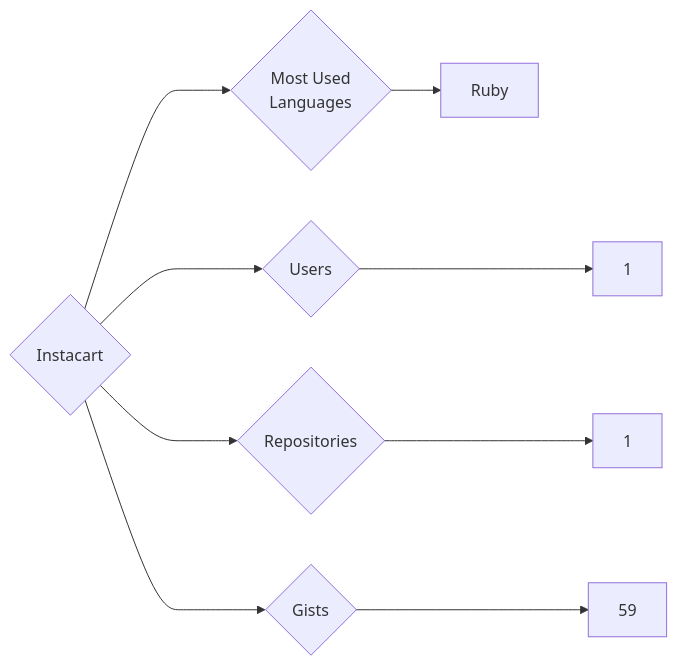
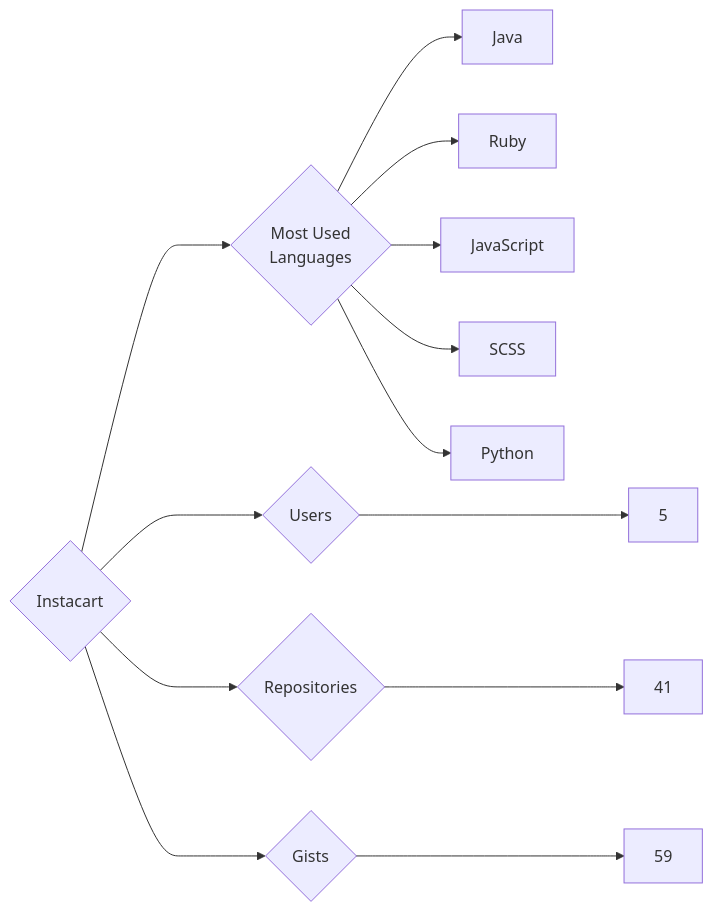
Before and after one commit to trickest/insiders: the diagram in targets/Instacart/README.md, drawn with Mermaid. The commit also changed 1036 other files, not shown here.

````diff
--- a/targets/Instacart/README.md
+++ b/targets/Instacart/README.md
@@ -3,9 +3,13 @@
 ```mermaid
 graph LR
 COMPANY_NAME{Instacart}
-COMPANY_NAME ---> U{Users} ---> UN[1]
-COMPANY_NAME ---> R{Repositories} ---> RN[1]
+COMPANY_NAME ---> U{Users} ---> UN[5]
+COMPANY_NAME ---> R{Repositories} ---> RN[41]
 COMPANY_NAME ---> G{Gists} ---> GN[59]
 COMPANY_NAME ---> ML{Most Used<br>Languages}
+ML --> Java[Java]
 ML --> Ruby[Ruby]
+ML --> JavaScript[JavaScript]
+ML --> SCSS[SCSS]
+ML --> Python[Python]
 ```
````
